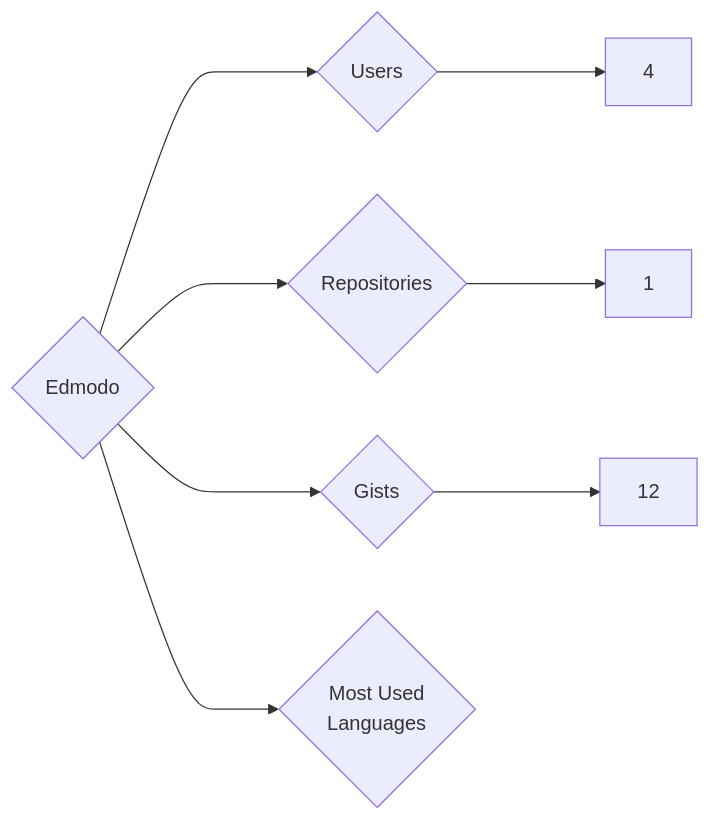
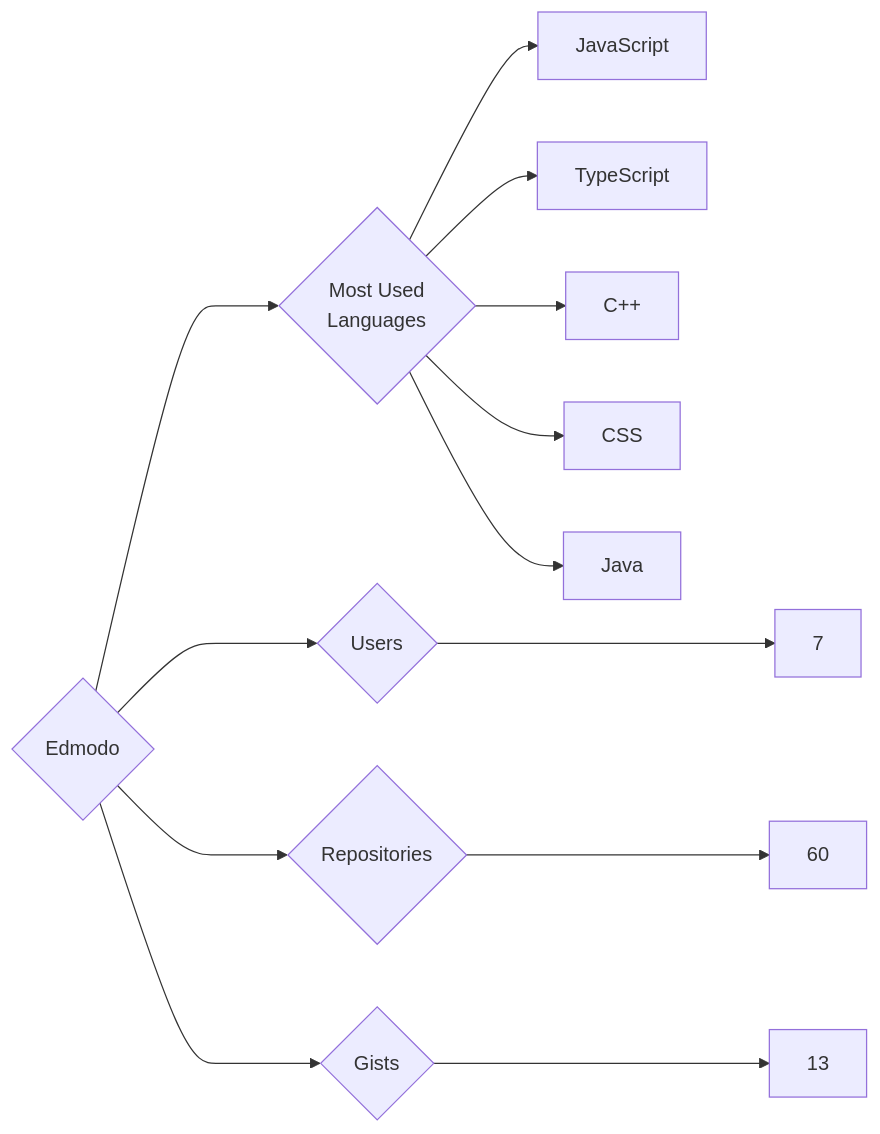
One commit to trickest/insiders changed the diagram in targets/Edmodo/README.md. Above: the diagram before and after it, drawn with Mermaid. The commit also changed 776 other files, not shown here.

````diff
--- a/targets/Edmodo/README.md
+++ b/targets/Edmodo/README.md
@@ -3,8 +3,13 @@
 ```mermaid
 graph LR
 COMPANY_NAME{Edmodo}
-COMPANY_NAME ---> U{Users} ---> UN[4]
-COMPANY_NAME ---> R{Repositories} ---> RN[1]
-COMPANY_NAME ---> G{Gists} ---> GN[12]
+COMPANY_NAME ---> U{Users} ---> UN[7]
+COMPANY_NAME ---> R{Repositories} ---> RN[60]
+COMPANY_NAME ---> G{Gists} ---> GN[13]
 COMPANY_NAME ---> ML{Most Used<br>Languages}
+ML --> JavaScript[JavaScript]
+ML --> TypeScript[TypeScript]
+ML --> C++[C++]
+ML --> CSS[CSS]
+ML --> Java[Java]
 ```
````
